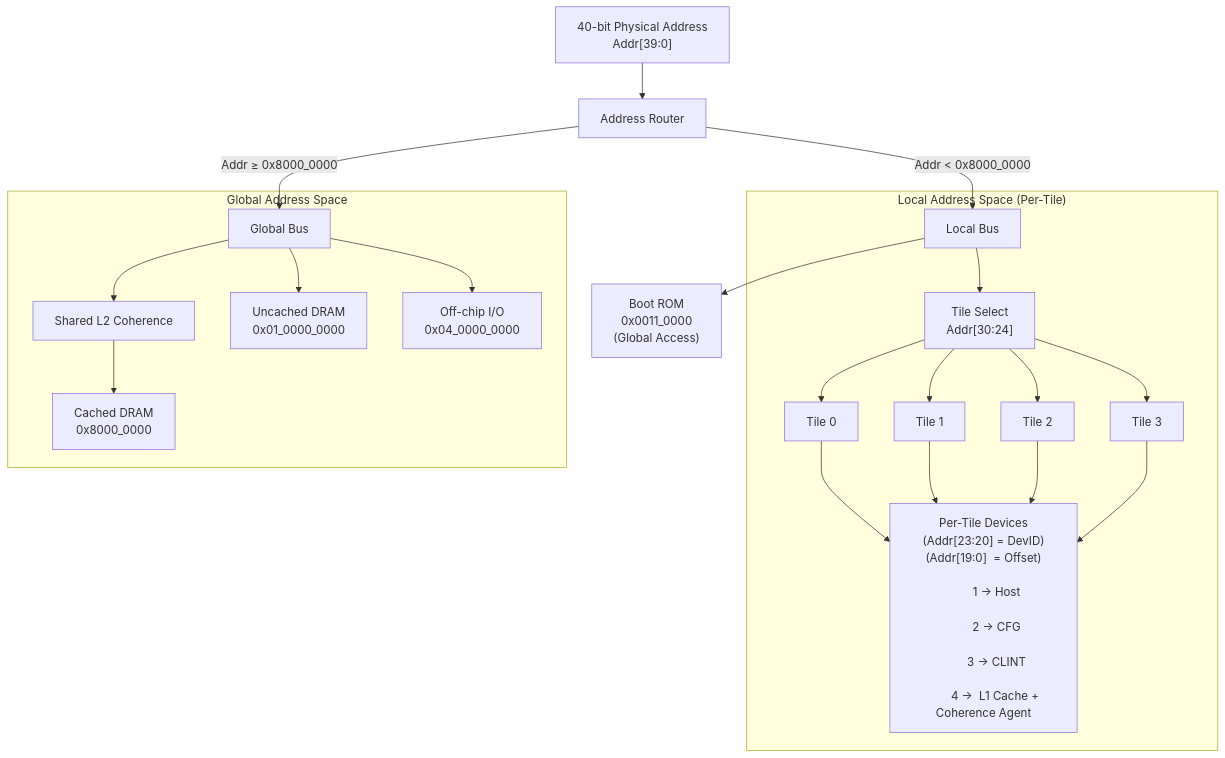
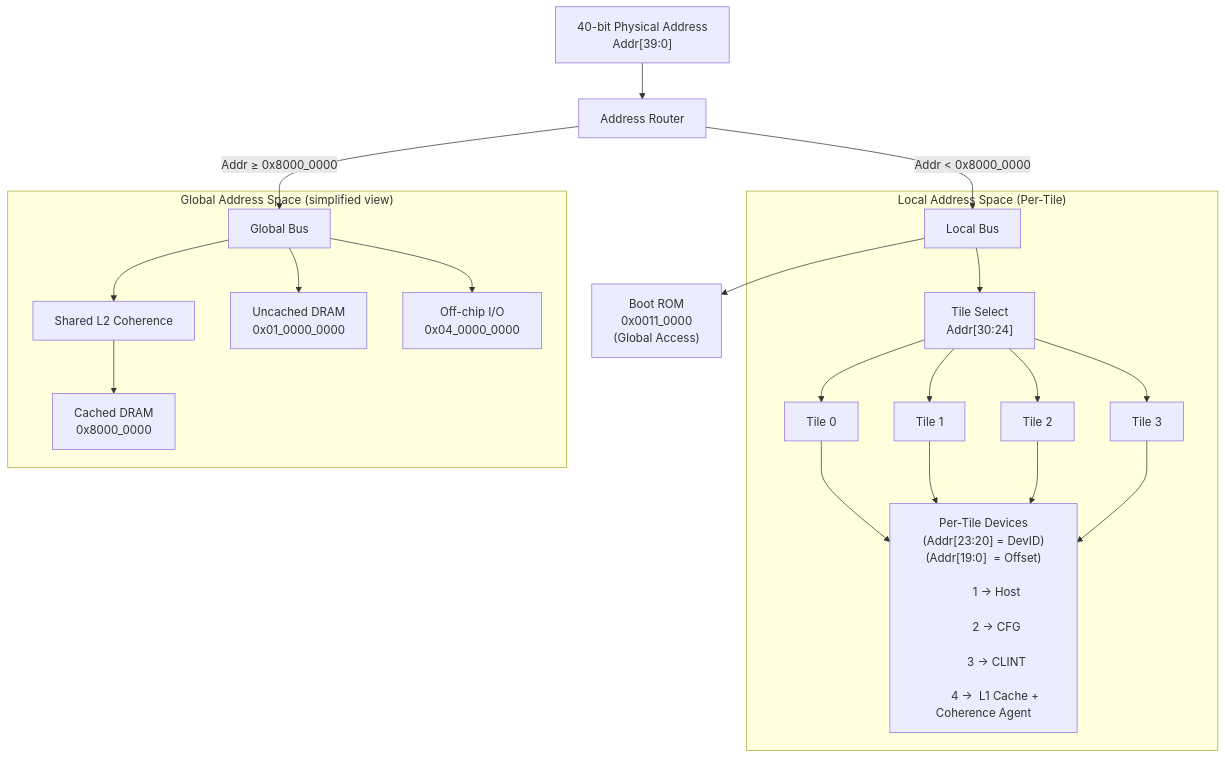
The diagram in docs/platform_guide.md (black-parrot/black-parrot), drawn with Mermaid before and after one commit.

Commit message:
Potential fix for pull request finding

````diff
--- a/docs/platform_guide.md
+++ b/docs/platform_guide.md
@@ -88,55 +88,55 @@
 ```mermaid
 graph TD
 
     %% =========================
     %% LAYER 1: ADDRESS DECODE
     %% =========================
     A["40-bit Physical Address<br/>Addr[39:0]"]
     A --> R["Address Router"]
 
     R -->|"Addr < 0x8000_0000"| LB["Local Bus"]
     R -->|"Addr ≥ 0x8000_0000"| GB["Global Bus"]
 
     %% =========================
     %% LAYER 2: LOCAL SPACE
     %% =========================
     subgraph LOCAL["Local Address Space (Per-Tile)"]
 
         LB --> TS["Tile Select<br/>Addr[30:24]"]
 
         TS --> T0["Tile 0"]
         TS --> T1["Tile 1"]
         TS --> T2["Tile 2"]
         TS --> T3["Tile 3"]
 
         DEV["Per-Tile Devices<br/>(Addr[23:20] = DevID)<br/>(Addr[19:0]  = Offset)<br/>
         1 → Host<br/>
         2 → CFG<br/>
         3 → CLINT<br/>
         4 →  L1 Cache + Coherence Agent"]
 
         T0 --> DEV
         T1 --> DEV
         T2 --> DEV
         T3 --> DEV
     end
 
     %% =========================
     %% BOOT ROM (SPECIAL CASE)
     %% =========================
     BR["Boot ROM<br/>0x0011_0000<br/>(Global Access)"]
     LB --> BR
 
     %% =========================
     %% LAYER 3: GLOBAL SPACE
     %% =========================
-    subgraph GLOBAL["Global Address Space"]
+    subgraph GLOBAL["Global Address Space (simplified view)"]
 
         GB --> L2["Shared L2 Coherence"]
 
         L2 --> DRAM["Cached DRAM<br/>0x8000_0000"]
 
         GB --> UC["Uncached DRAM<br/>0x01_0000_0000"]
         GB --> IO["Off-chip I/O<br/>0x04_0000_0000"]
     end
 ```
````
